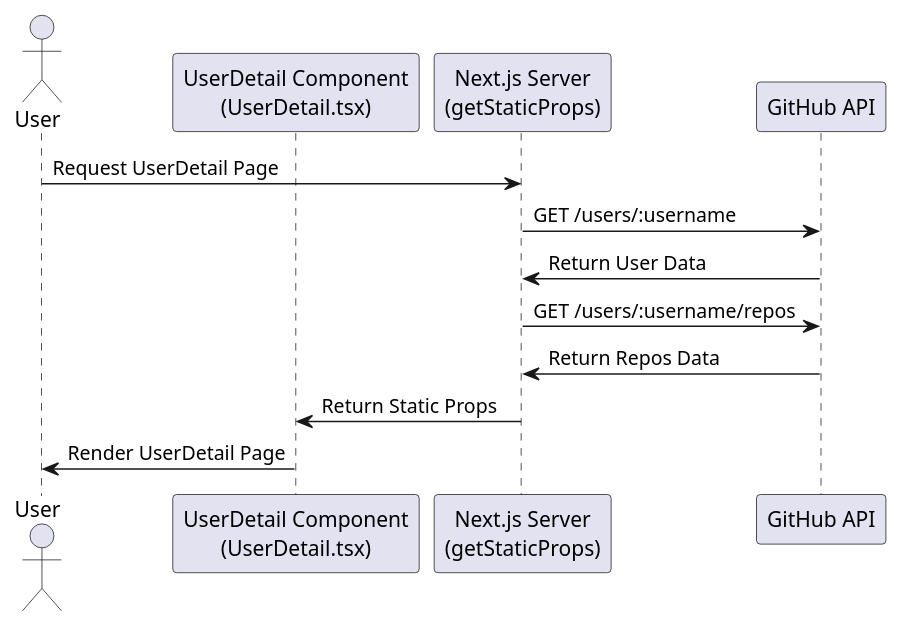
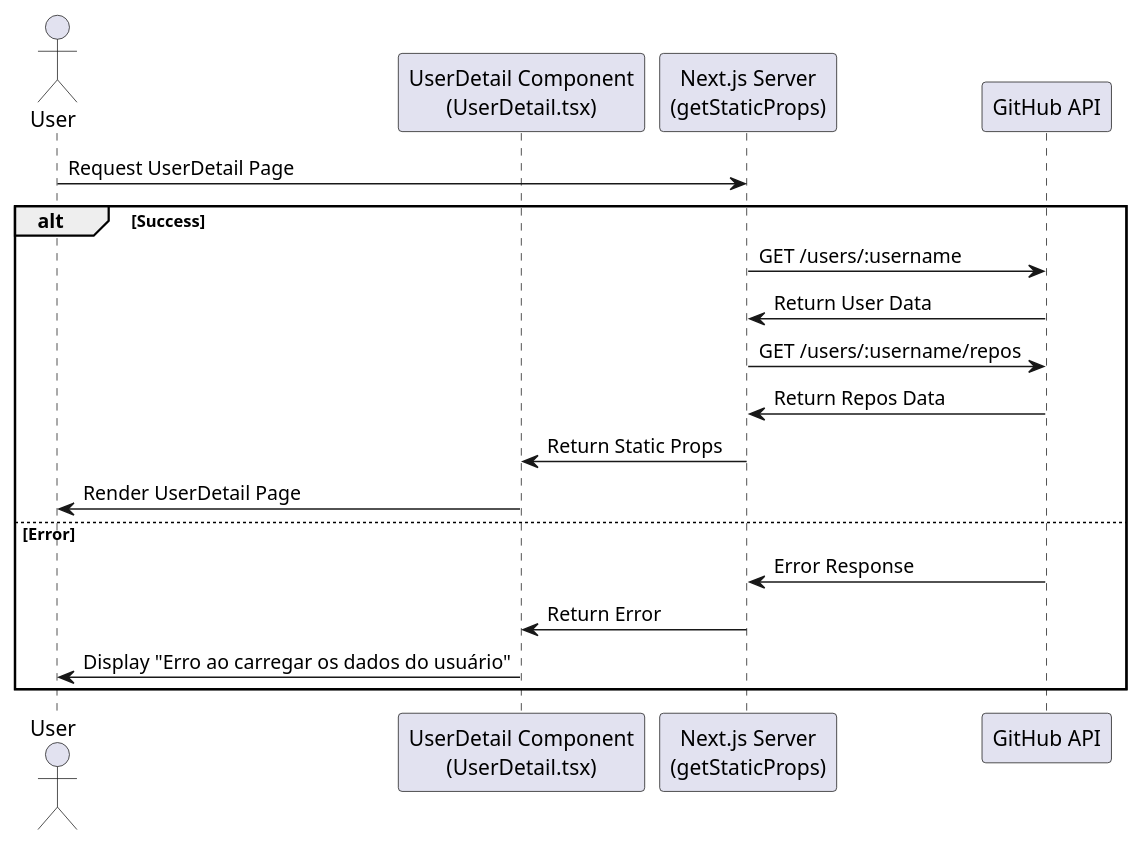
The diagram in docs/UserDetails/UserDetails.puml (alana-or/github-users), drawn with PlantUML before and after one commit. The commit also changed 6 other files, not shown here.

```diff
--- a/docs/UserDetails/UserDetails.puml
+++ b/docs/UserDetails/UserDetails.puml
@@ -1,18 +1,24 @@
 @startuml
 actor User
 
 participant "UserDetail Component\n(UserDetail.tsx)" as UserDetail
 participant "Next.js Server\n(getStaticProps)" as Server
 participant "GitHub API" as GitHubAPI
 
 User -> Server : Request UserDetail Page
-Server -> GitHubAPI : GET /users/:username
-GitHubAPI -> Server : Return User Data
 
-Server -> GitHubAPI : GET /users/:username/repos
-GitHubAPI -> Server : Return Repos Data
-
-Server -> UserDetail : Return Static Props
-
-UserDetail -> User : Render UserDetail Page
+alt Success
+    Server -> GitHubAPI : GET /users/:username
+    GitHubAPI -> Server : Return User Data
+    
+    Server -> GitHubAPI : GET /users/:username/repos
+    GitHubAPI -> Server : Return Repos Data
+    
+    Server -> UserDetail : Return Static Props
+    UserDetail -> User : Render UserDetail Page
+else Error
+    GitHubAPI -> Server : Error Response
+    Server -> UserDetail : Return Error
+    UserDetail -> User : Display "Erro ao carregar os dados do usuário"
+end
 @enduml
```
